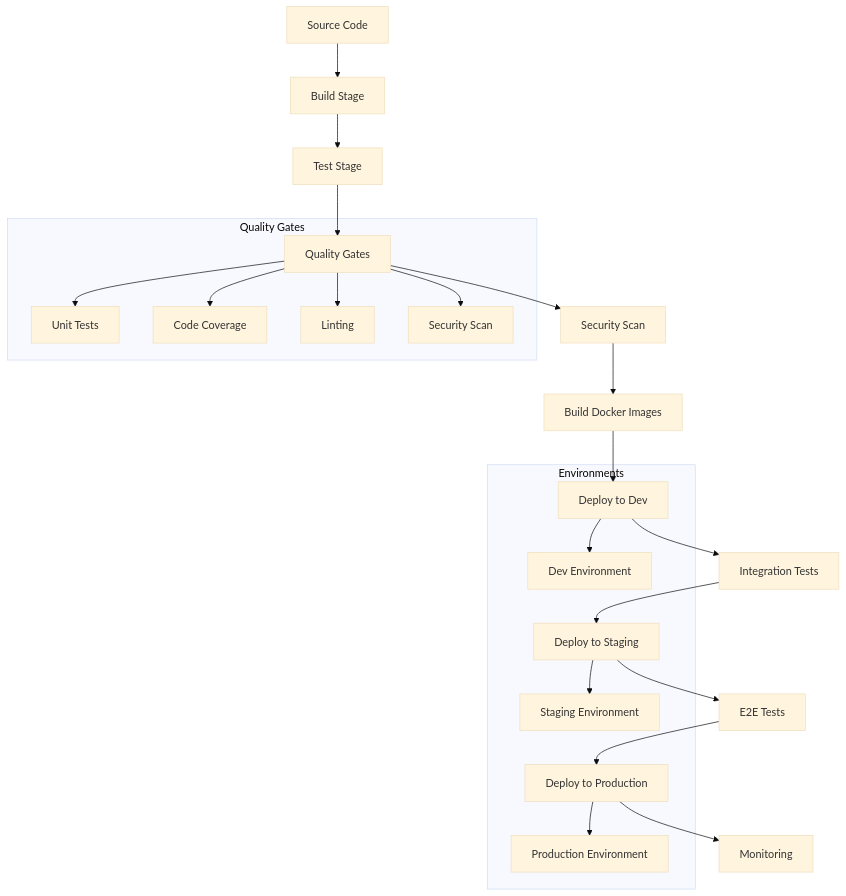
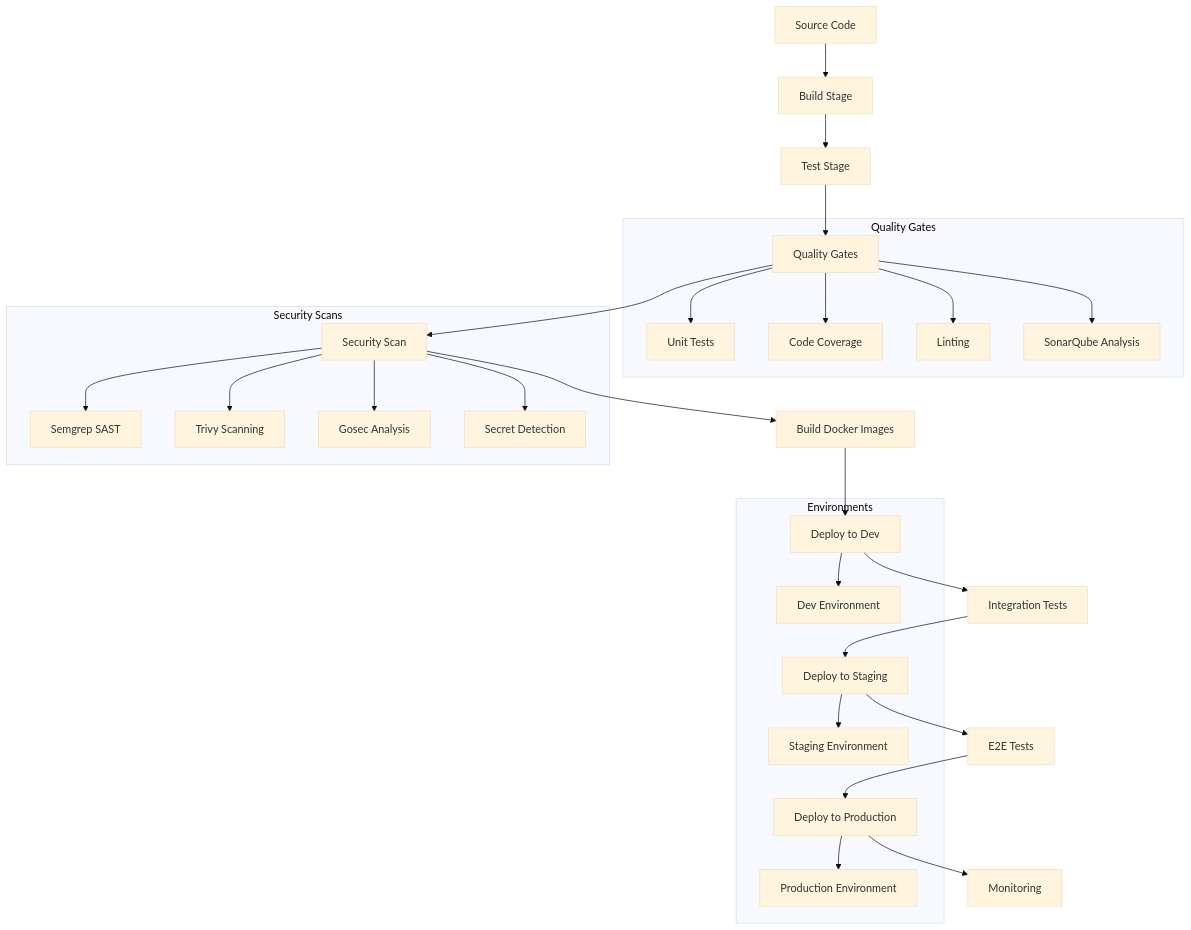
One commit to Chaksack/apm changed the diagram in docs/ci-cd-pipeline.md. Above: the diagram before and after it, drawn with Mermaid (base theme). The commit also changed other lines of this file and 44 other files, not shown here.

````diff
--- a/docs/ci-cd-pipeline.md
+++ b/docs/ci-cd-pipeline.md
@@ -9,27 +9,34 @@
 ```mermaid
 graph TB
     A[Source Code] --> B[Build Stage]
     B --> C[Test Stage]
     C --> D[Quality Gates]
     D --> E[Security Scan]
     E --> F[Build Docker Images]
     F --> G[Deploy to Dev]
     G --> H[Integration Tests]
     H --> I[Deploy to Staging]
     I --> J[E2E Tests]
     J --> K[Deploy to Production]
     K --> L[Monitoring]
     
     subgraph "Quality Gates"
         D --> D1[Unit Tests]
         D --> D2[Code Coverage]
         D --> D3[Linting]
-        D --> D4[Security Scan]
+        D --> D4[SonarQube Analysis]
+    end
+    
+    subgraph "Security Scans"
+        E --> E1[Semgrep SAST]
+        E --> E2[Trivy Scanning]
+        E --> E3[Gosec Analysis]
+        E --> E4[Secret Detection]
     end
     
     subgraph "Environments"
         G --> G1[Dev Environment]
         I --> I1[Staging Environment]
         K --> K1[Production Environment]
     end
 ```
````
